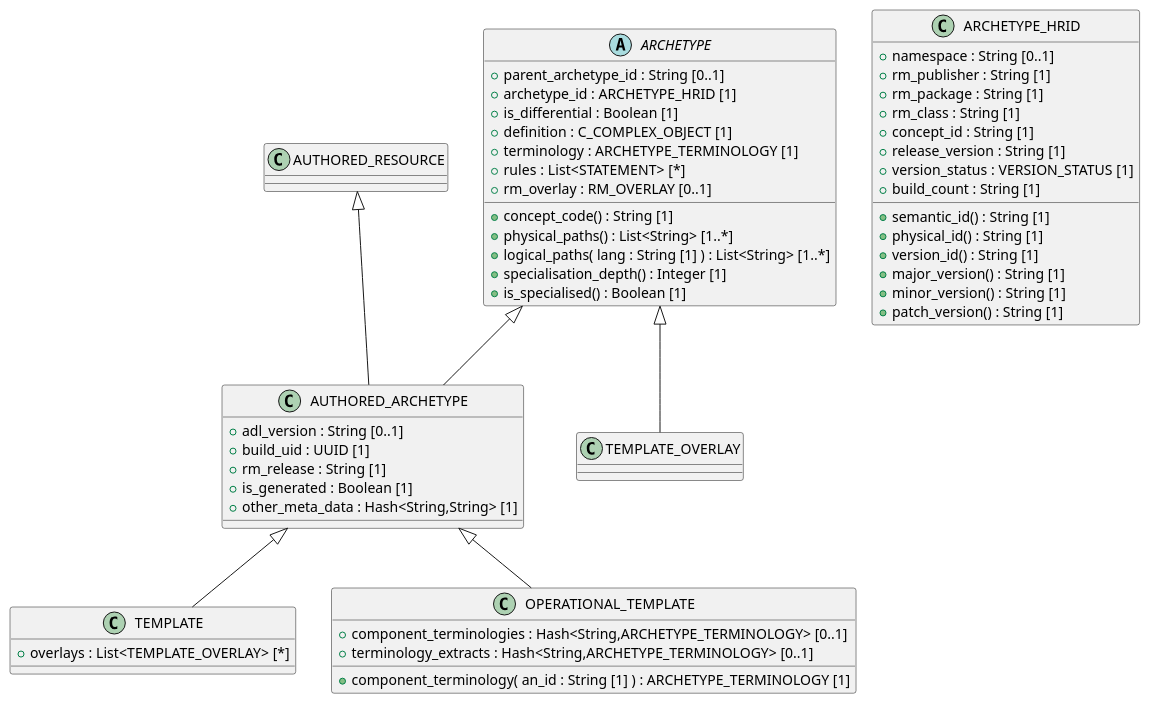
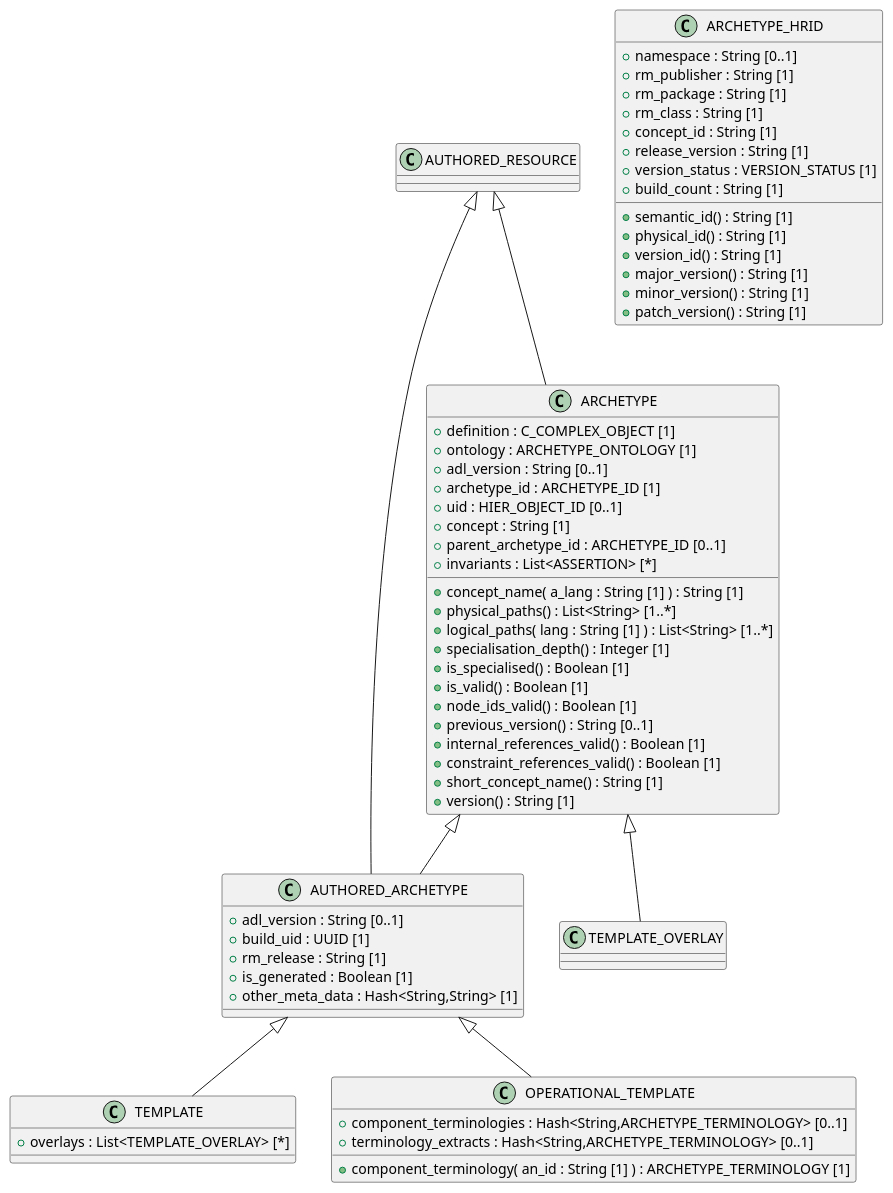
Before and after one commit to sebastian-iancu/code-generator: the diagram in code/Adoc/openehr_am_2.3.0/plantUML/packages/org.openehr.am.aom2.archetype.adoc, drawn with PlantUML. The commit also changed 1228 other files, not shown here.

```diff
--- a/code/Adoc/openehr_am_2.3.0/plantUML/packages/org.openehr.am.aom2.archetype.adoc
+++ b/code/Adoc/openehr_am_2.3.0/plantUML/packages/org.openehr.am.aom2.archetype.adoc
@@ -1,65 +1,74 @@
 [plantuml,archetype,format=svg,svg-type="inline"]
 -----
 @startuml
 
-abstract class ARCHETYPE {
-  + parent_archetype_id : String [0..1]
-  + archetype_id : ARCHETYPE_HRID [1]
-  + is_differential : Boolean [1]
+class ARCHETYPE {
   + definition : C_COMPLEX_OBJECT [1]
-  + terminology : ARCHETYPE_TERMINOLOGY [1]
-  + rules : List<STATEMENT> [*]
-  + rm_overlay : RM_OVERLAY [0..1]
-  + concept_code() : String [1]
+  + ontology : ARCHETYPE_ONTOLOGY [1]
+  + adl_version : String [0..1]
+  + archetype_id : ARCHETYPE_ID [1]
+  + uid : HIER_OBJECT_ID [0..1]
+  + concept : String [1]
+  + parent_archetype_id : ARCHETYPE_ID [0..1]
+  + invariants : List<ASSERTION> [*]
+  + concept_name( a_lang : String [1] ) : String [1]
   + physical_paths() : List<String> [1..*]
   + logical_paths( lang : String [1] ) : List<String> [1..*]
   + specialisation_depth() : Integer [1]
   + is_specialised() : Boolean [1]
+  + is_valid() : Boolean [1]
+  + node_ids_valid() : Boolean [1]
+  + previous_version() : String [0..1]
+  + internal_references_valid() : Boolean [1]
+  + constraint_references_valid() : Boolean [1]
+  + short_concept_name() : String [1]
+  + version() : String [1]
 }
 
 class AUTHORED_ARCHETYPE {
   + adl_version : String [0..1]
   + build_uid : UUID [1]
   + rm_release : String [1]
   + is_generated : Boolean [1]
   + other_meta_data : Hash<String,String> [1]
 }
 
 class TEMPLATE {
   + overlays : List<TEMPLATE_OVERLAY> [*]
 }
 
 class OPERATIONAL_TEMPLATE {
   + component_terminologies : Hash<String,ARCHETYPE_TERMINOLOGY> [0..1]
   + terminology_extracts : Hash<String,ARCHETYPE_TERMINOLOGY> [0..1]
   + component_terminology( an_id : String [1] ) : ARCHETYPE_TERMINOLOGY [1]
 }
 
 class TEMPLATE_OVERLAY {
 }
 
 class ARCHETYPE_HRID {
   + namespace : String [0..1]
   + rm_publisher : String [1]
   + rm_package : String [1]
   + rm_class : String [1]
   + concept_id : String [1]
   + release_version : String [1]
   + version_status : VERSION_STATUS [1]
   + build_count : String [1]
   + semantic_id() : String [1]
   + physical_id() : String [1]
   + version_id() : String [1]
   + major_version() : String [1]
   + minor_version() : String [1]
   + patch_version() : String [1]
 }
 
+AUTHORED_RESOURCE <|-- ARCHETYPE
 ARCHETYPE <|-- AUTHORED_ARCHETYPE
 AUTHORED_RESOURCE <|-- AUTHORED_ARCHETYPE
 AUTHORED_ARCHETYPE <|-- TEMPLATE
 AUTHORED_ARCHETYPE <|-- OPERATIONAL_TEMPLATE
 ARCHETYPE <|-- TEMPLATE_OVERLAY
 
 @enduml
 -----
```
